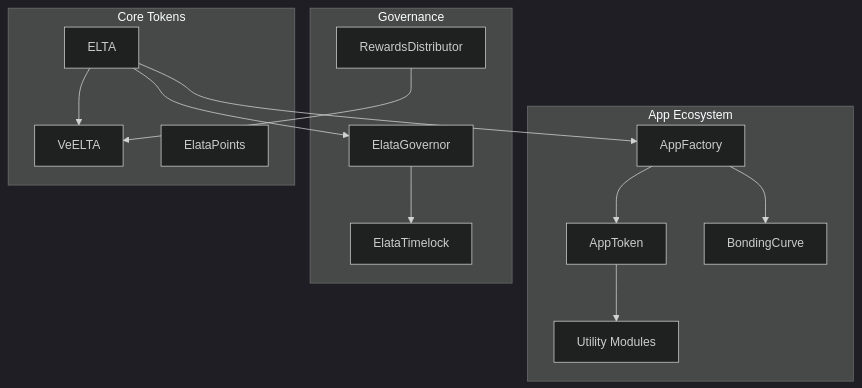
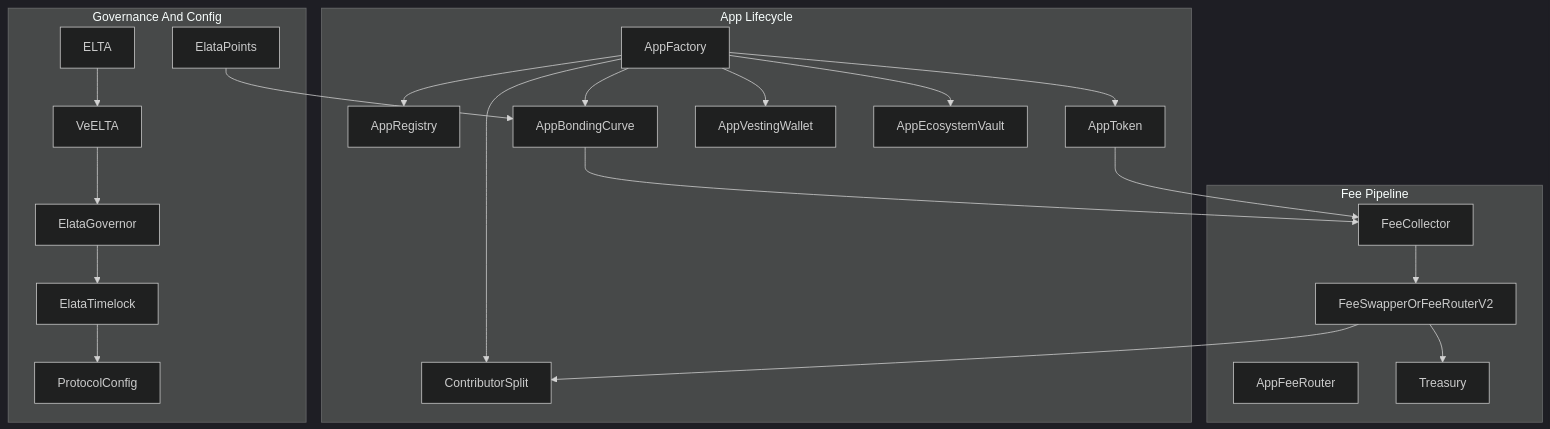
Before and after one commit to Elata-Biosciences/elata-protocol: the diagram in docs/ARCHITECTURE.md, drawn with Mermaid (dark theme). The commit also changed other lines of this file and 251 other files, not shown here.

````diff
--- a/docs/ARCHITECTURE.md
+++ b/docs/ARCHITECTURE.md
@@ -15,32 +7,47 @@
 ```mermaid
 graph TB
-    subgraph "App Ecosystem"
+    subgraph appLifecycle [App Lifecycle]
         AppFactory[AppFactory]
+        AppRegistry[AppRegistry]
         AppToken[AppToken]
-        BondingCurve[BondingCurve]
-        Modules[Utility Modules]
+        AppCurve[AppBondingCurve]
+        Vesting[AppVestingWallet]
+        Ecosystem[AppEcosystemVault]
+        Split[ContributorSplit]
     end
-    
-    subgraph "Governance"
-        Governor[ElataGovernor]
-        Timelock[ElataTimelock]
-        Rewards[RewardsDistributor]
+
+    subgraph feePipeline [Fee Pipeline]
+        AppFeeRouter[AppFeeRouter]
+        FeeCollector[FeeCollector]
+        FeeSwapper[FeeSwapperOrFeeRouterV2]
+        Treasury[Treasury]
     end
-    
-    subgraph "Core Tokens"
+
+    subgraph governanceLayer [Governance And Config]
         ELTA[ELTA]
         VeELTA[VeELTA]
         XP[ElataPoints]
+        Gov[ElataGovernor]
+        Timelock[ElataTimelock]
+        Config[ProtocolConfig]
     end
-    
+
+    AppFactory --> AppRegistry
     AppFactory --> AppToken
-    AppFactory --> BondingCurve
-    AppToken --> Modules
-    
-    Governor --> Timelock
-    Rewards --> VeELTA
-    
+    AppFactory --> AppCurve
+    AppFactory --> Vesting
+    AppFactory --> Ecosystem
+    AppFactory --> Split
+
+    AppCurve --> FeeCollector
+    AppToken --> FeeCollector
+    FeeCollector --> FeeSwapper
+    FeeSwapper --> Treasury
+    FeeSwapper --> Split
+
     ELTA --> VeELTA
-    ELTA --> Governor
-    ELTA --> AppFactory
+    VeELTA --> Gov
+    Gov --> Timelock
+    Timelock --> Config
+    XP --> AppCurve
 ```
````
